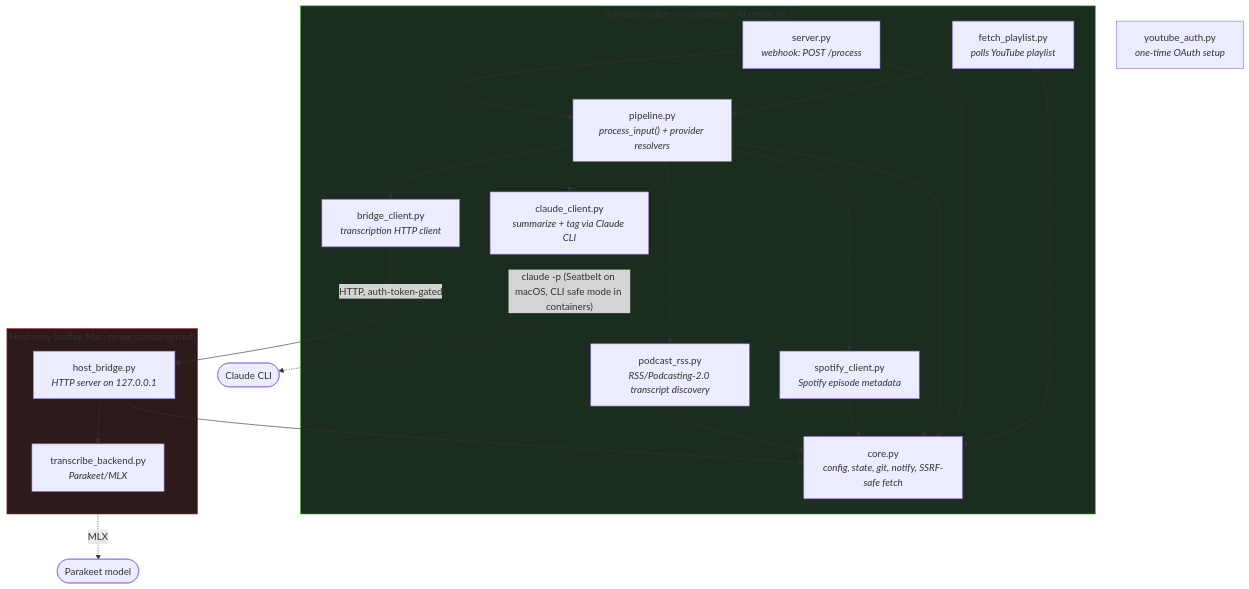
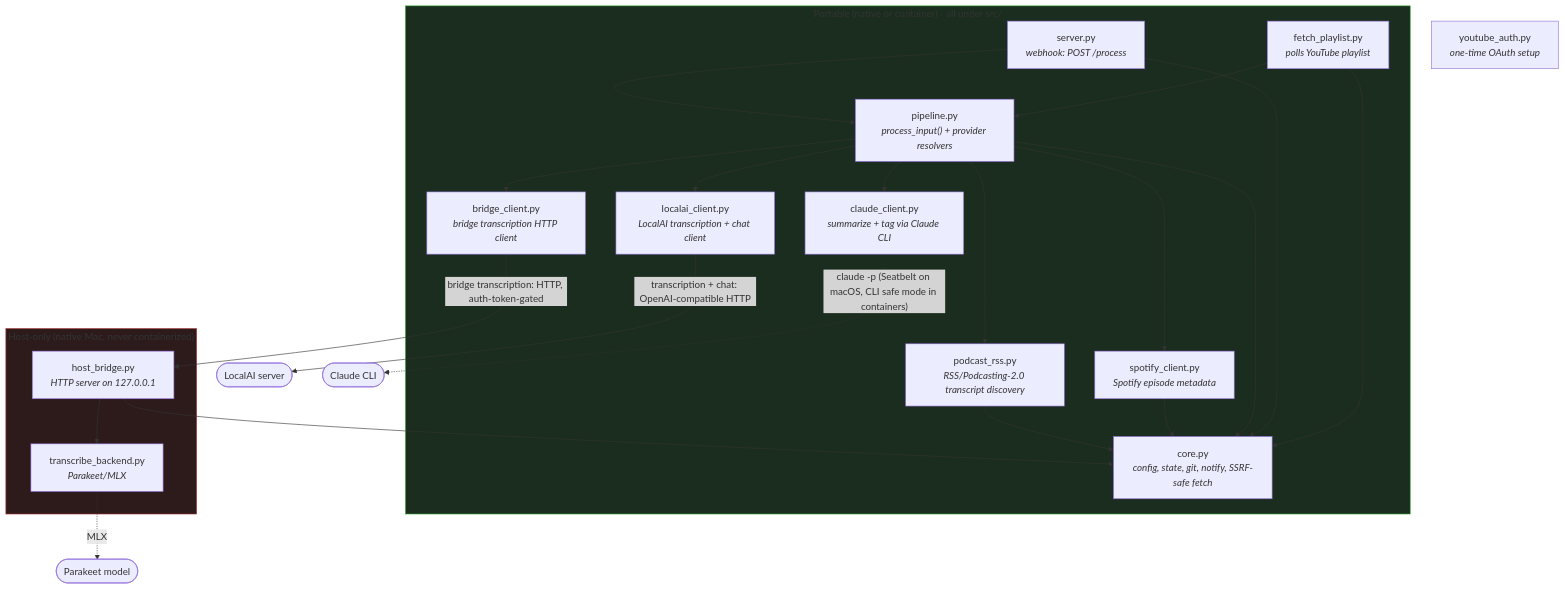
Before and after one commit to s1nack-dev/media-2-obsidian: the first of 7 diagrams in docs/architecture.md, drawn with Mermaid. The commit also changed other lines of this file and 3 other files, not shown here.

````diff
--- a/docs/architecture.md
+++ b/docs/architecture.md
@@ -15,40 +15,43 @@
 ```mermaid
 flowchart TB
     subgraph portable["Portable (native or container) - all under src/"]
         fetch["fetch_playlist.py<br/><i>polls YouTube playlist</i>"]
         server["server.py<br/><i>webhook: POST /process</i>"]
         pipeline["pipeline.py<br/><i>process_input() + provider resolvers</i>"]
         spotify["spotify_client.py<br/><i>Spotify episode metadata</i>"]
         podcastrss["podcast_rss.py<br/><i>RSS/Podcasting-2.0 transcript discovery</i>"]
-        bridgeclient["bridge_client.py<br/><i>transcription HTTP client</i>"]
+        bridgeclient["bridge_client.py<br/><i>bridge transcription HTTP client</i>"]
+        localai["localai_client.py<br/><i>LocalAI transcription + chat client</i>"]
         claude["claude_client.py<br/><i>summarize + tag via Claude CLI</i>"]
         core["core.py<br/><i>config, state, git, notify, SSRF-safe fetch</i>"]
     end
 
     subgraph hostonly["Host-only (native Mac, never containerized)"]
         bridge["host_bridge.py<br/><i>HTTP server on 127.0.0.1</i>"]
         transcribe["transcribe_backend.py<br/><i>Parakeet/MLX</i>"]
     end
 
     auth["youtube_auth.py<br/><i>one-time OAuth setup</i>"]
 
     fetch --> pipeline
     server --> pipeline
     fetch --> core
     server --> core
     pipeline --> core
     pipeline --> spotify
     pipeline --> podcastrss
     spotify --> core
     podcastrss --> core
     pipeline --> bridgeclient
+    pipeline --> localai
     pipeline --> claude
-    bridgeclient -- "HTTP, auth-token-gated" --> bridge
+    bridgeclient -- "bridge transcription: HTTP, auth-token-gated" --> bridge
+    localai -- "transcription + chat: OpenAI-compatible HTTP" --> localaiServer([LocalAI server])
     bridge --> transcribe
     bridge --> core
     claude -. "claude -p (Seatbelt on macOS, CLI safe mode in containers)" .-> claudeCLI(["Claude CLI"])
     transcribe -. "MLX" .-> parakeet(["Parakeet model"])
 
     style hostonly fill:#2d1b1b,stroke:#a33
     style portable fill:#1b2d1e,stroke:#3a3
 ```
````
